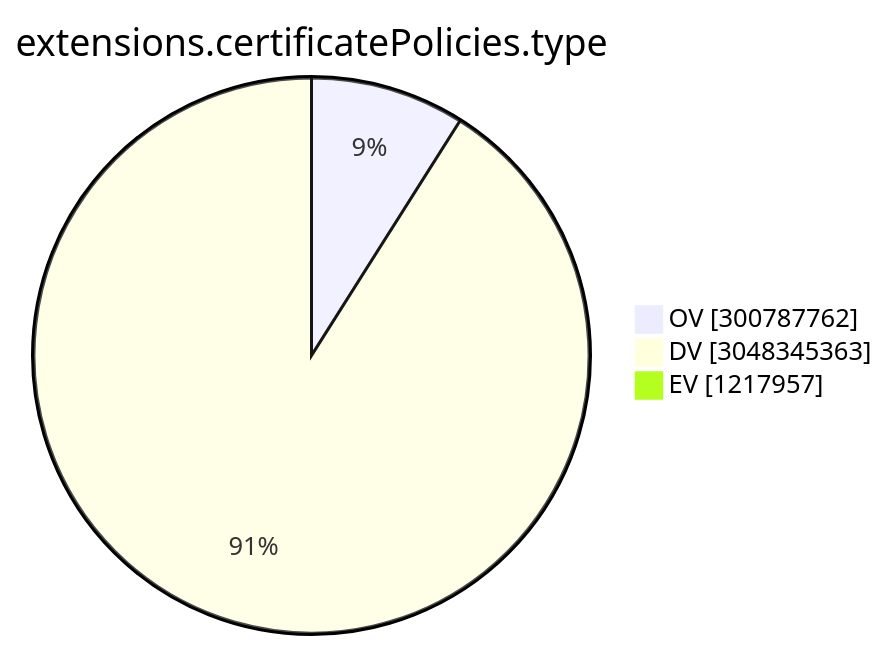
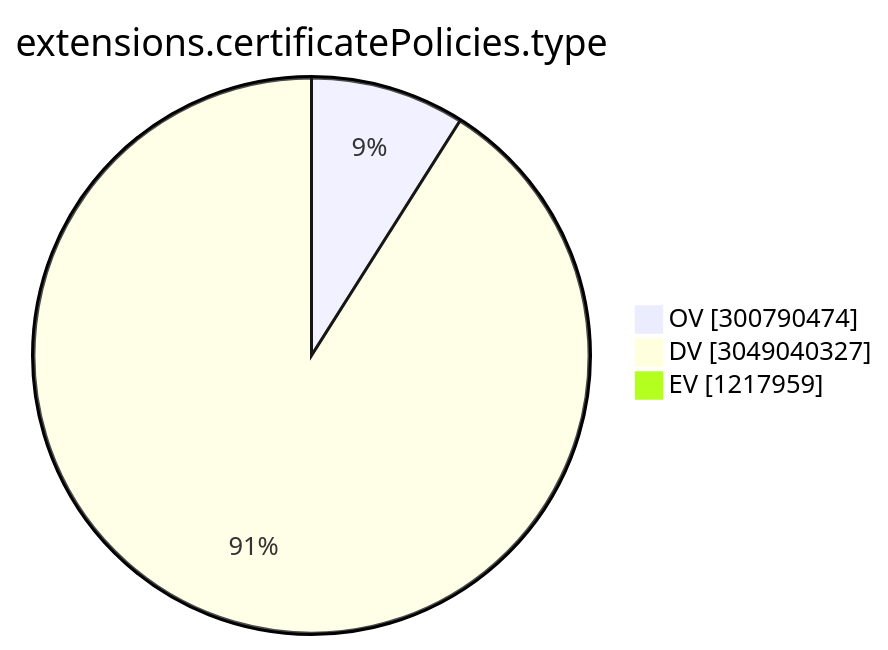
Before and after one commit to christiankrug/ctmonitor_visualization: the ninth of 15 diagrams in TOTAL/README.md, drawn with Mermaid. The commit also changed other lines of this file, not shown here.

````diff
--- a/TOTAL/README.md
+++ b/TOTAL/README.md
@@ -3102,7 +3102,7 @@
 ```mermaid
 pie showData
 title extensions.certificatePolicies.type
-"OV" :300787762
-"DV" :3048345363
-"EV" :1217957
+"OV" :300790474
+"DV" :3049040327
+"EV" :1217959
 ```
````
